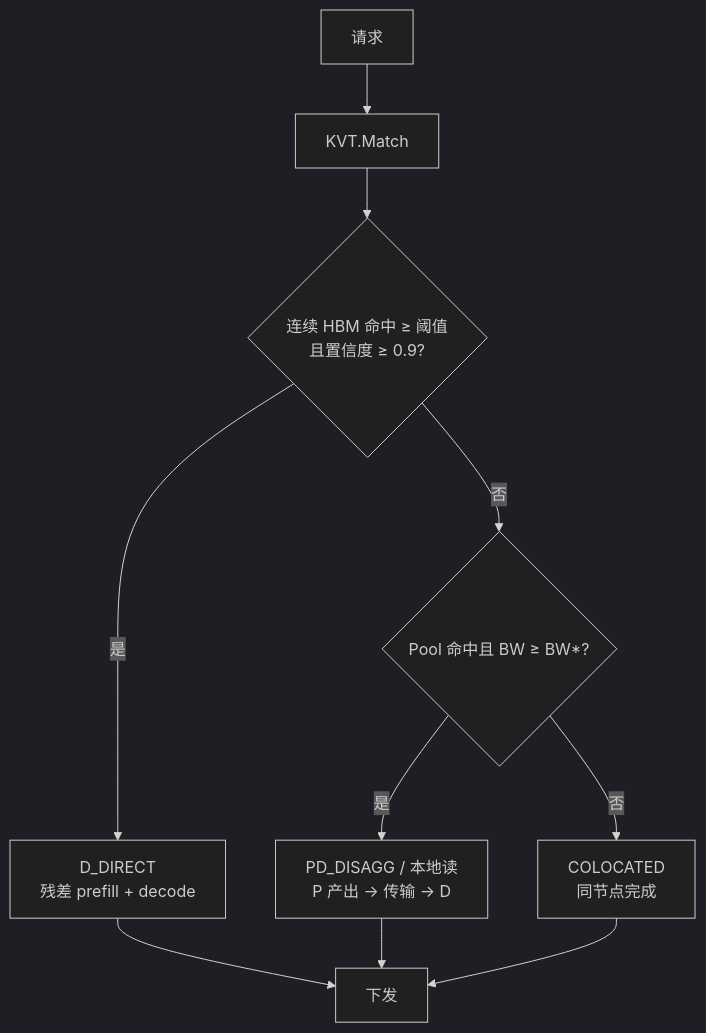
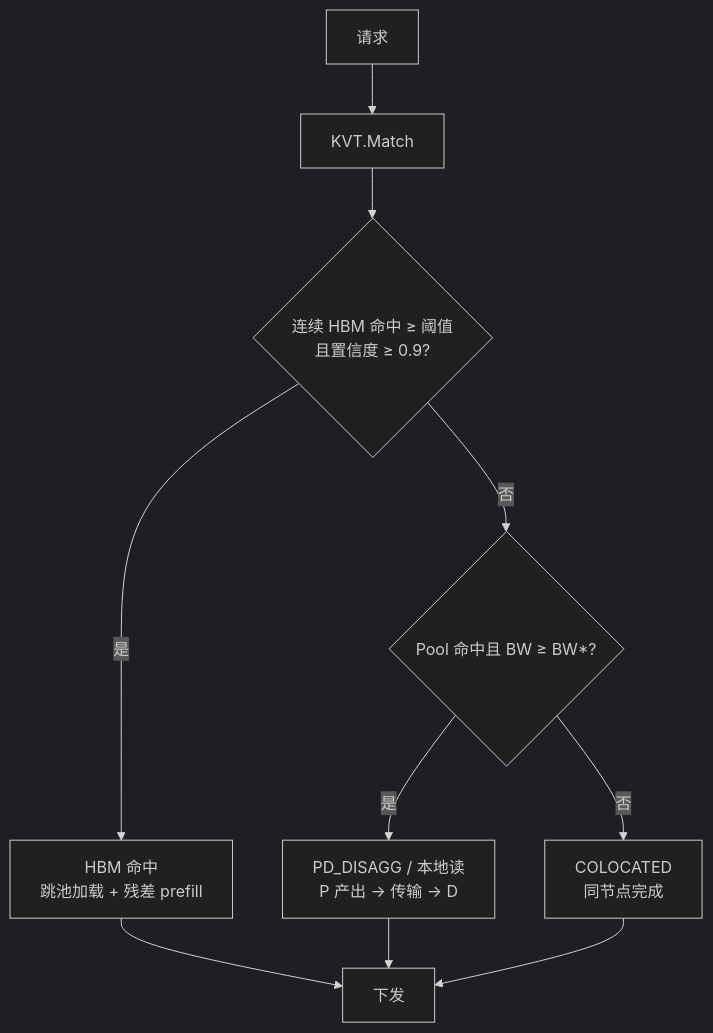
One commit to 5x8-40/lake changed the second of 10 diagrams in kvcm/design/flows/scheduling.md. Above: the diagram before and after it, drawn with Mermaid (dark theme). The commit also changed other lines of this file and 3 other files, not shown here.

````diff
--- a/kvcm/design/flows/scheduling.md
+++ b/kvcm/design/flows/scheduling.md
@@ -49,12 +49,12 @@
 ```mermaid
 flowchart TB
     S["请求"] --> H["KVT.Match"]
     H --> D{"连续 HBM 命中 ≥ 阈值<br/>且置信度 ≥ 0.9?"}
-    D -->|"是"| DD["D_DIRECT<br/>残差 prefill + decode"]
+    D -->|"是"| DD["HBM 命中<br/>跳池加载 + 残差 prefill"]
     D -->|"否"| P{"Pool 命中且 BW ≥ BW*?"}
     P -->|"是"| PD["PD_DISAGG / 本地读<br/>P 产出 → 传输 → D"]
     P -->|"否"| CO["COLOCATED<br/>同节点完成"]
     DD --> O["下发"]
     PD --> O
     CO --> O
 ```
````
